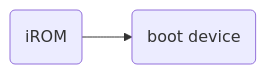
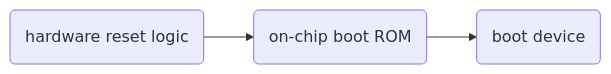
The diagram in uboot.md (Enterprise0/blog), drawn with Mermaid before and after one commit. The commit also changed other lines of this file and 1 other file, not shown here.

````diff
--- a/uboot.md
+++ b/uboot.md
@@ -22,4 +107,4 @@
-```mermaid
-graph LR  
-1(iROM) --> 2(boot device)
-```
+    ```mermaid
+    graph LR  
+    1(hardware reset logic) --> 2(on-chip boot ROM) --> 3(boot device)
+    ```
````
